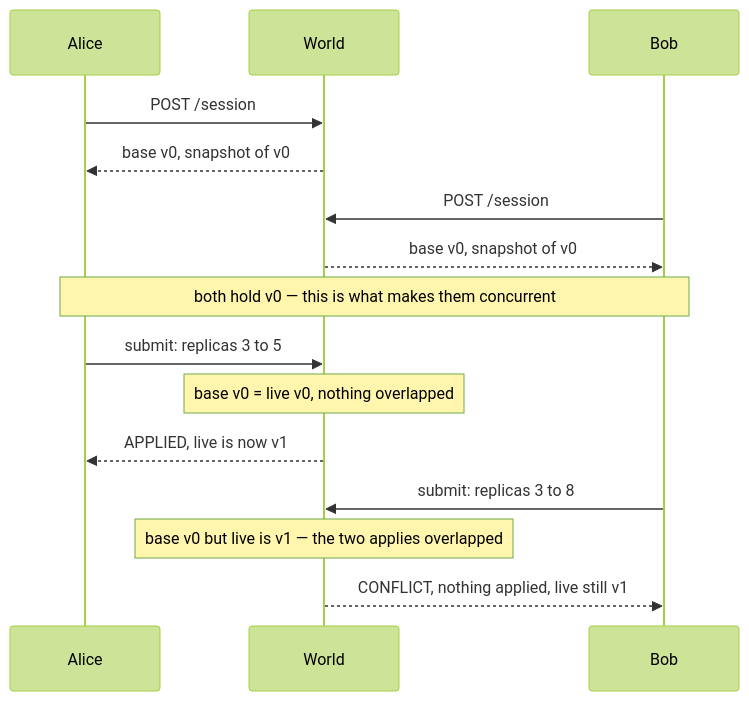
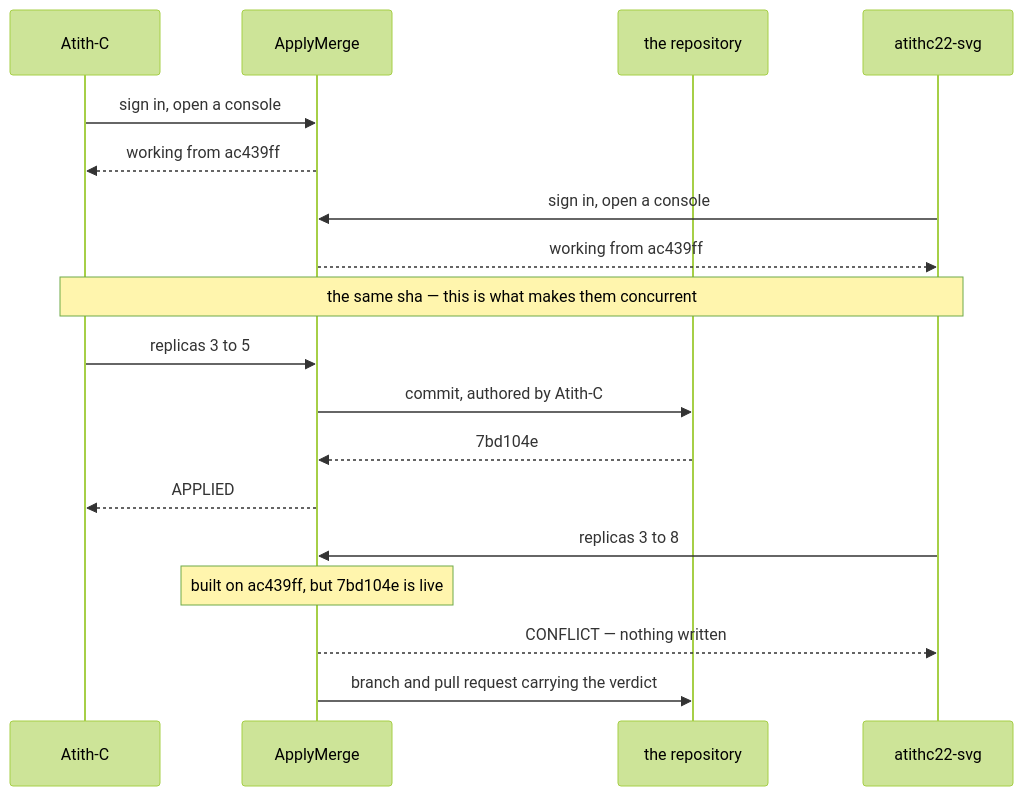
One commit to Atith-C/ApplyMerge---Concurrent-Infrastructure-Apply-Reconciliation changed the second of 5 diagrams in README.md. Above: the diagram before and after it, drawn with Mermaid (forest theme). The commit also changed other lines of this file and 1 other file, not shown here.

````diff
--- a/README.md
+++ b/README.md
@@ -91,20 +117,23 @@
 ```mermaid
 sequenceDiagram
-    participant A as Alice
-    participant W as World
-    participant B as Bob
+    participant A as Atith-C
+    participant W as ApplyMerge
+    participant R as the repository
+    participant B as atithc22-svg
 
-    A->>W: POST /session
-    W-->>A: base v0, snapshot of v0
-    B->>W: POST /session
-    W-->>B: base v0, snapshot of v0
-    Note over A,B: both hold v0 — this is what makes them concurrent
+    A->>W: sign in, open a console
+    W-->>A: working from ac439ff
+    B->>W: sign in, open a console
+    W-->>B: working from ac439ff
+    Note over A,B: the same sha — this is what makes them concurrent
 
-    A->>W: submit: replicas 3 to 5
-    Note over W: base v0 = live v0, nothing overlapped
-    W-->>A: APPLIED, live is now v1
+    A->>W: replicas 3 to 5
+    W->>R: commit, authored by Atith-C
+    R-->>W: 7bd104e
+    W-->>A: APPLIED
 
-    B->>W: submit: replicas 3 to 8
-    Note over W: base v0 but live is v1 — the two applies overlapped
-    W-->>B: CONFLICT, nothing applied, live still v1
+    B->>W: replicas 3 to 8
+    Note over W: built on ac439ff, but 7bd104e is live
+    W-->>B: CONFLICT — nothing written
+    W->>R: branch and pull request carrying the verdict
 ```
````
